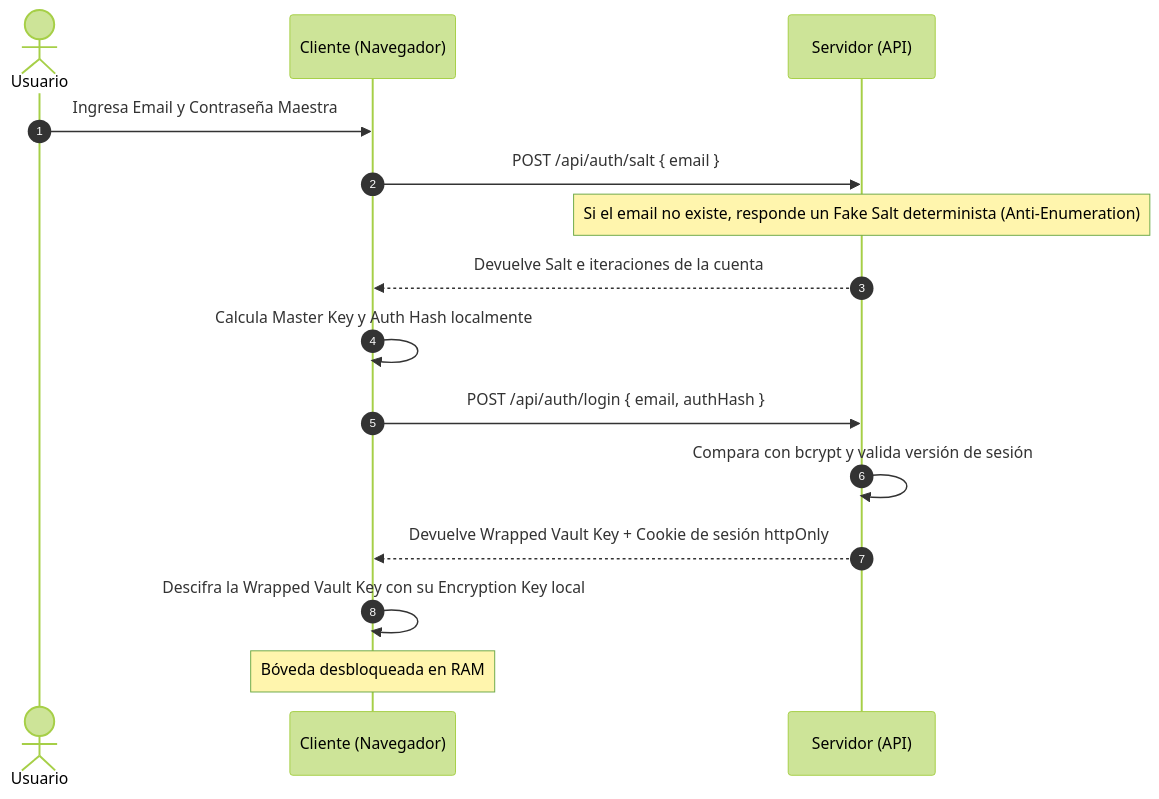
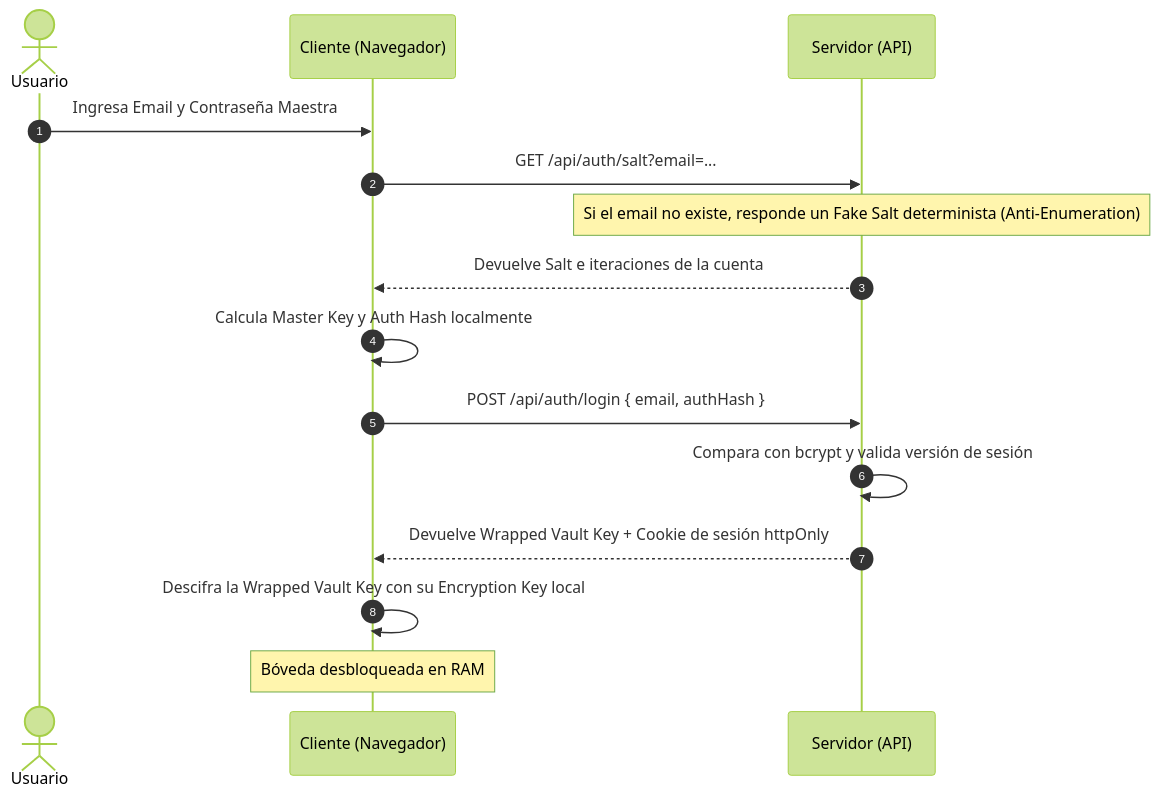
The third of 6 diagrams in PROCESOS_DEL_SISTEMA.md (Ikersk/Gestor_de_contrase-as_IS2), drawn with Mermaid (forest theme) before and after one commit. The commit also changed other lines of this file and 21 other files, not shown here.

````diff
--- a/PROCESOS_DEL_SISTEMA.md
+++ b/PROCESOS_DEL_SISTEMA.md
@@ -105,18 +105,18 @@
 ```mermaid
 sequenceDiagram
     autonumber
     actor U as Usuario
     participant C as Cliente (Navegador)
     participant S as Servidor (API)
 
     U->>C: Ingresa Email y Contraseña Maestra
-    C->>S: POST /api/auth/salt { email }
+    C->>S: GET /api/auth/salt?email=...
     Note over S: Si el email no existe, responde un Fake Salt determinista (Anti-Enumeration)
     S-->>C: Devuelve Salt e iteraciones de la cuenta
     C->>C: Calcula Master Key y Auth Hash localmente
     C->>S: POST /api/auth/login { email, authHash }
     S->>S: Compara con bcrypt y valida versión de sesión
     S-->>C: Devuelve Wrapped Vault Key + Cookie de sesión httpOnly
     C->>C: Descifra la Wrapped Vault Key con su Encryption Key local
     Note over C: Bóveda desbloqueada en RAM
 ```
````
